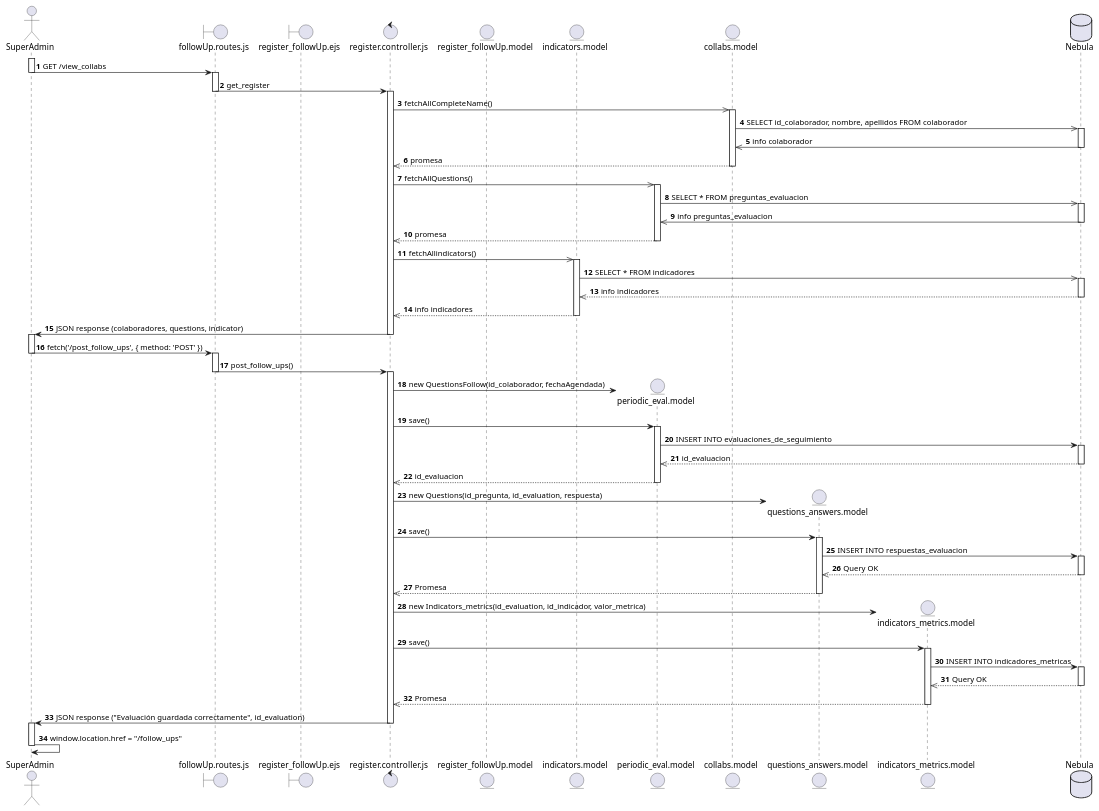
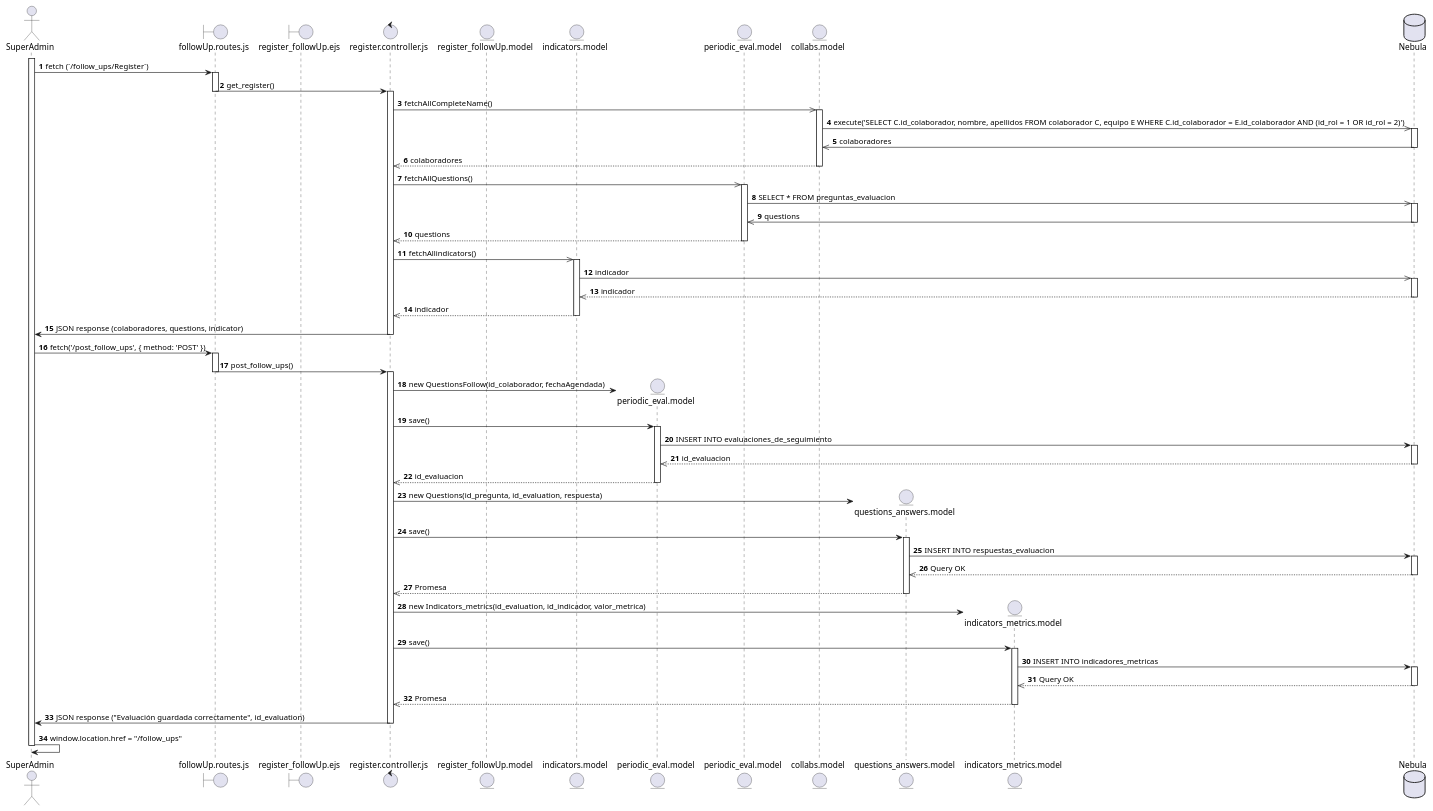
One commit to SALV19/Nebula_tc2005b changed the diagram in diagramas_secuencia/req36_register_followUp.puml. Above: the diagram before and after it, drawn with PlantUML. The commit also changed 2 other files, not shown here.

```diff
--- a/diagramas_secuencia/req36_register_followUp.puml
+++ b/diagramas_secuencia/req36_register_followUp.puml
@@ -1,116 +1,113 @@
 @startuml REQ_36
 autonumber
 actor SuperAdmin as S
 boundary followUp.routes.js as Route
 boundary register_followUp.ejs as Register
 control register.controller.js as SController
 entity register_followUp.model as SModel
 entity indicators.model as IModel
 entity periodic_eval.model as QFollow
+entity periodic_eval.model as PEval
 entity collabs.model as cm
 entity questions_answers.model as Questions
 entity indicators_metrics.model as IMetrics
 database Nebula as db
 
 ' --- GET COLLABS ---
 activate S
-S -> Route : GET /view_collabs
-deactivate S
+S -> Route : fetch (`/follow_ups/Register`)
 
 activate Route
-Route -> SController : get_register
+Route -> SController : get_register()
 deactivate Route
 
 activate SController
 SController ->> cm : fetchAllCompleteName()
 
 activate cm
-cm ->> db : SELECT id_colaborador, nombre, apellidos FROM colaborador
+cm ->> db : execute('SELECT C.id_colaborador, nombre, apellidos FROM colaborador C, equipo E WHERE C.id_colaborador = E.id_colaborador AND (id_rol = 1 OR id_rol = 2)')
 
 activate db
-db ->> cm : info colaborador
+db ->> cm : colaboradores
 deactivate db
 
-cm -->> SController : promesa
+cm -->> SController : colaboradores
 deactivate cm 
 
-SController ->> QFollow : fetchAllQuestions()
+SController ->> PEval : fetchAllQuestions()
 
-activate QFollow 
-QFollow ->> db : SELECT * FROM preguntas_evaluacion
+activate PEval
+PEval ->> db : SELECT * FROM preguntas_evaluacion
 activate db
-db ->> QFollow : info preguntas_evaluacion
+db ->> PEval : questions
 deactivate db
 
-QFollow -->> SController : promesa
-deactivate QFollow 
+PEval -->> SController : questions
+deactivate PEval 
 
 
 ' --- GET INFO INDICADORES ---
 SController ->> IModel : fetchAllindicators()
 activate IModel 
-IModel ->> db : SELECT * FROM indicadores
+IModel ->> db : indicador
 activate db
-db -->> IModel : info indicadores
+db -->> IModel : indicador
 deactivate db
-IModel -->> SController : info indicadores
+IModel -->> SController : indicador
 deactivate IModel 
 
 SController -> S : JSON response (colaboradores, questions, indicator)
 deactivate SController
 
 ' ---- REGISTER FOLLOW UP ----
-activate S
 S -> Route : fetch('/post_follow_ups', { method: 'POST' })
-deactivate S
 
 activate Route
 Route -> SController : post_follow_ups()
 deactivate Route
 
 activate SController
 create QFollow
 SController -> QFollow: new QuestionsFollow(id_colaborador, fechaAgendada)
 SController -> QFollow: save()
 
 activate QFollow
 QFollow -> db: INSERT INTO evaluaciones_de_seguimiento
 activate db
 db -->> QFollow: id_evaluacion
 deactivate db
 
 QFollow -->> SController: id_evaluacion
 deactivate QFollow
 
 create Questions
 SController -> Questions: new Questions(id_pregunta, id_evaluation, respuesta)
 SController -> Questions : save()
 
 activate Questions
 Questions -> db: INSERT INTO respuestas_evaluacion
 activate db
 db -->> Questions : Query OK
 deactivate db 
 Questions -->> SController : Promesa
 deactivate Questions
 
 create IMetrics
 SController -> IMetrics : new Indicators_metrics(id_evaluation, id_indicador, valor_metrica)
 SController -> IMetrics : save()
 
 activate IMetrics
 IMetrics -> db : INSERT INTO indicadores_metricas
 activate db
 db -->> IMetrics : Query OK
 deactivate db 
 IMetrics -->> SController: Promesa
 deactivate IMetrics 
 
 SController -> S : JSON response ("Evaluación guardada correctamente", id_evaluation)
 deactivate SController
 
-activate S
 S -> S : window.location.href = "/follow_ups"
 deactivate S
 
 @enduml
```
